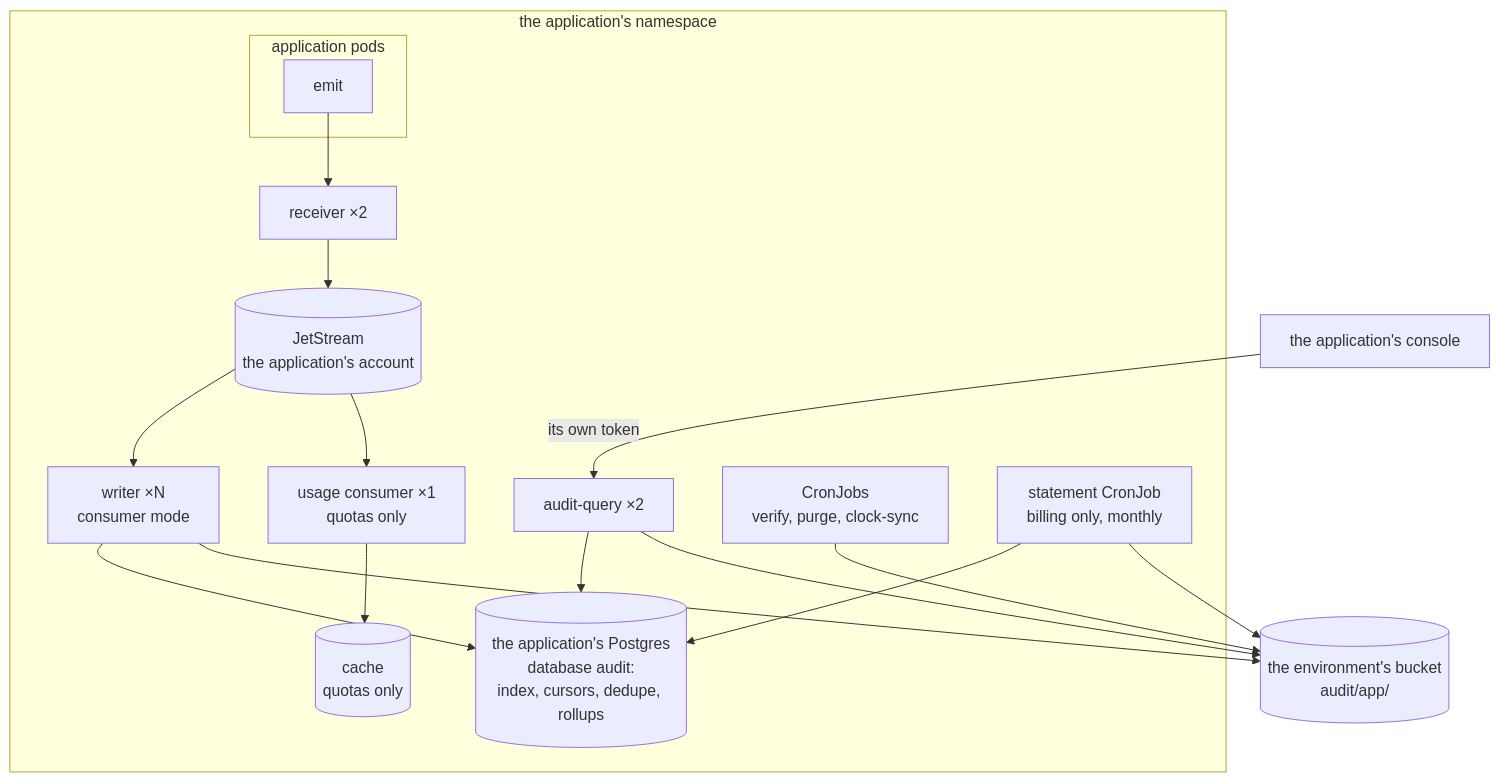
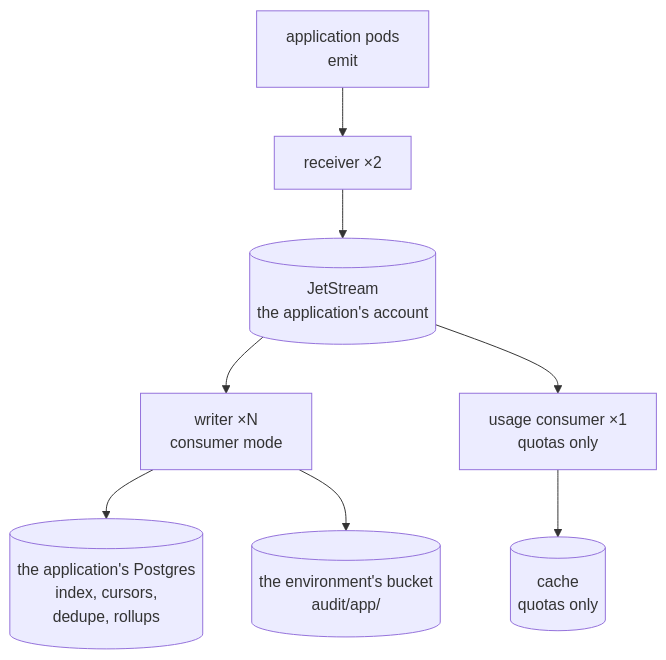
Before and after one commit to truvity/sluis: the first of 4 diagrams in docs/audit/explanation/stream-mode.md, drawn with Mermaid. The commit also changed other lines of this file and 39 other files, not shown here.

First line of the commit message:
docs: links, one checker, diagrams at natural size, and the loose ends of the other passes

````diff
--- a/docs/audit/explanation/stream-mode.md
+++ b/docs/audit/explanation/stream-mode.md
@@ -14,28 +16,17 @@
 ```mermaid
 flowchart TB
-  subgraph ns["the application's namespace"]
-    subgraph APP["application pods"]
-      E["emit"]
-    end
-    R["receiver ×2"]
-    NATS[("JetStream<br/>the application's account")]
-    W["writer ×N<br/>consumer mode"]
-    U["usage consumer ×1<br/>quotas only"]
-    Q["audit-query ×2"]
-    PG[("the application's Postgres<br/>database audit:<br/>index, cursors, dedupe, rollups")]
-    VK[("cache<br/>quotas only")]
-    CJ["CronJobs<br/>verify, purge, clock-sync"]
-    ST["statement CronJob<br/>billing only, monthly"]
-    E --> R --> NATS
-    NATS --> W --> PG
-    NATS --> U --> VK
-    Q --> PG
-    ST --> PG
-  end
+  E["application pods<br/>emit"]
+  R["receiver ×2"]
+  NATS[("JetStream<br/>the application's account")]
+  W["writer ×N<br/>consumer mode"]
+  U["usage consumer ×1<br/>quotas only"]
+  PG[("the application's Postgres<br/>index, cursors,<br/>dedupe, rollups")]
   S3[("the environment's bucket<br/>audit/app/")]
+  VK[("cache<br/>quotas only")]
+  E --> R --> NATS
+  NATS --> W
+  NATS --> U
+  W --> PG
   W --> S3
-  Q --> S3
-  CJ --> S3
-  ST --> S3
-  CONS["the application's console"] -- "its own token" --> Q
+  U --> VK
 ```
````
